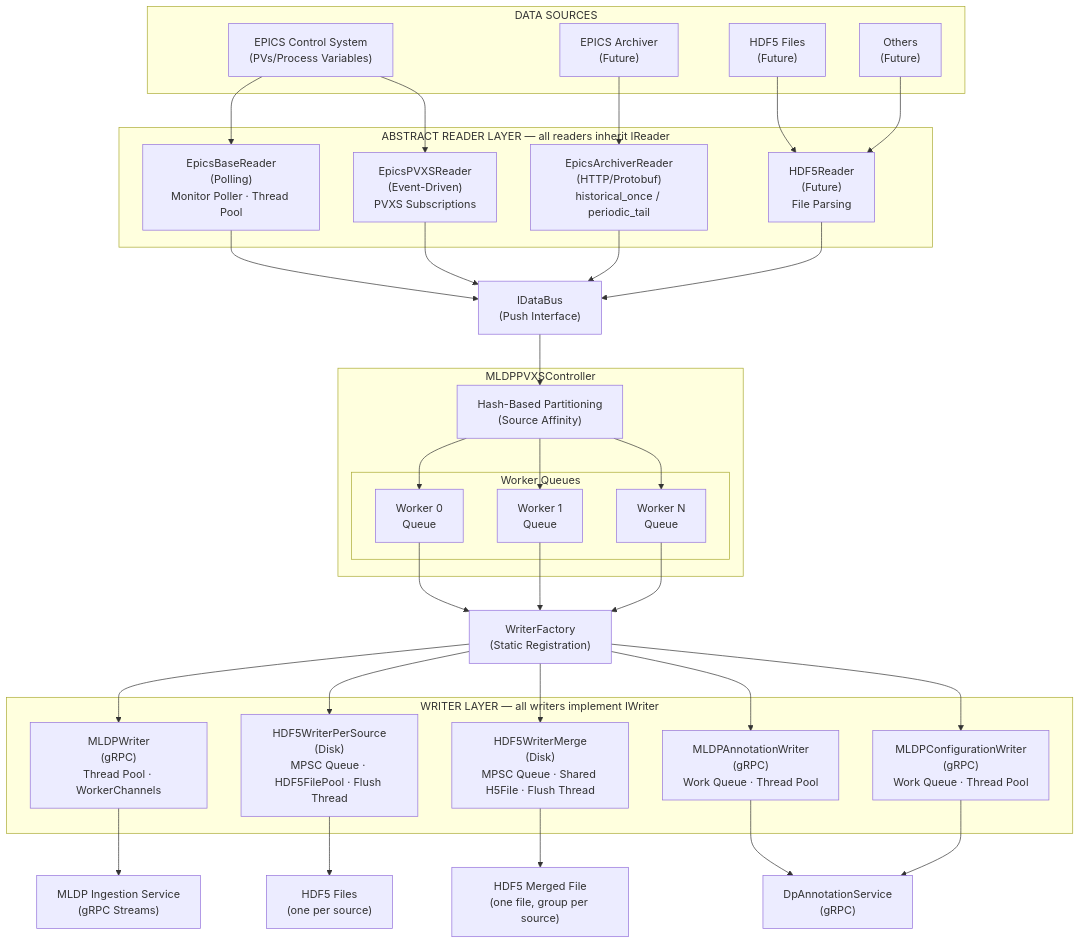
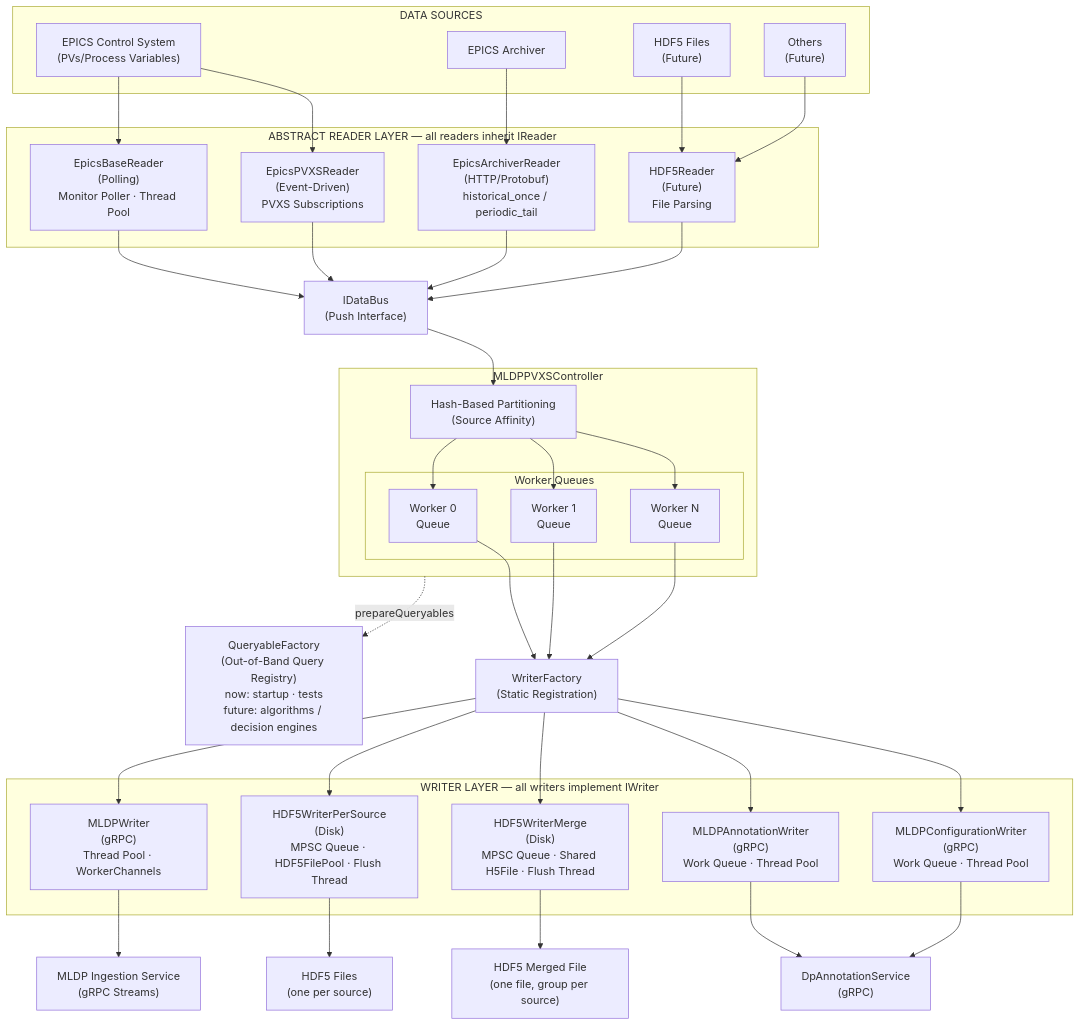
The first of 3 diagrams in docs/reference/architecture.md (slaclab/mldp-pvxs-driver), drawn with Mermaid before and after one commit. The commit also changed other lines of this file and 14 other files, not shown here.

````diff
--- a/docs/reference/architecture.md
+++ b/docs/reference/architecture.md
@@ -11,74 +11,79 @@
 ```mermaid
 flowchart TB
     subgraph DataSources["DATA SOURCES"]
         DS1["EPICS Control System<br/>(PVs/Process Variables)"]
-        DS2["EPICS Archiver<br/>(Future)"]
+        DS2["EPICS Archiver<br/>"]
         DS3["HDF5 Files<br/>(Future)"]
         DS4["Others<br/>(Future)"]
     end
 
     subgraph ReaderLayer["ABSTRACT READER LAYER — all readers inherit IReader"]
         R1["EpicsBaseReader<br/>(Polling)<br/>Monitor Poller · Thread Pool"]
         R2["EpicsPVXSReader<br/>(Event-Driven)<br/>PVXS Subscriptions"]
         R3["EpicsArchiverReader<br/>(HTTP/Protobuf)<br/>historical_once / periodic_tail"]
         R4["HDF5Reader<br/>(Future)<br/>File Parsing"]
     end
 
     IDataBus["IDataBus<br/>(Push Interface)"]
 
     subgraph Controller["MLDPPVXSController"]
         HashPart["Hash-Based Partitioning<br/>(Source Affinity)"]
         subgraph Workers["Worker Queues"]
             W0["Worker 0<br/>Queue"]
             W1["Worker 1<br/>Queue"]
             WN["Worker N<br/>Queue"]
         end
     end
+
+    QueryableFactory["QueryableFactory<br/>(Out-of-Band Query Registry)<br/>now: startup · tests<br/>future: algorithms / decision engines"]
 
     WriterFactory["WriterFactory<br/>(Static Registration)"]
 
     subgraph WriterLayer["WRITER LAYER — all writers implement IWriter"]
         WR1["MLDPWriter<br/>(gRPC)<br/>Thread Pool · WorkerChannels"]
         WR2["HDF5WriterPerSource<br/>(Disk)<br/>MPSC Queue · HDF5FilePool · Flush Thread"]
         WR3["HDF5WriterMerge<br/>(Disk)<br/>MPSC Queue · Shared H5File · Flush Thread"]
         WR4["MLDPAnnotationWriter<br/>(gRPC)<br/>Work Queue · Thread Pool"]
         WR5["MLDPConfigurationWriter<br/>(gRPC)<br/>Work Queue · Thread Pool"]
     end
 
     MLDPService["MLDP Ingestion Service<br/>(gRPC Streams)"]
     HDF5Files["HDF5 Files<br/>(one per source)"]
     HDF5Merged["HDF5 Merged File<br/>(one file, group per source)"]
     AnnotationService["DpAnnotationService<br/>(gRPC)"]
 
     DS1 --> R1
     DS1 --> R2
     DS2 --> R3
     DS3 --> R4
     DS4 --> R4
 
     R1 --> IDataBus
     R2 --> IDataBus
     R3 --> IDataBus
     R4 --> IDataBus
 
     IDataBus --> HashPart
+    IDataBus ~~~ QueryableFactory
     HashPart --> W0
     HashPart --> W1
     HashPart --> WN
+
+    Controller -. prepareQueryables .-> QueryableFactory
 
     W0 --> WriterFactory
     W1 --> WriterFactory
     WN --> WriterFactory
 
     WriterFactory --> WR1
     WriterFactory --> WR2
     WriterFactory --> WR3
     WriterFactory --> WR4
     WriterFactory --> WR5
 
     WR1 --> MLDPService
     WR2 --> HDF5Files
     WR3 --> HDF5Merged
     WR4 --> AnnotationService
     WR5 --> AnnotationService
 ```
````
